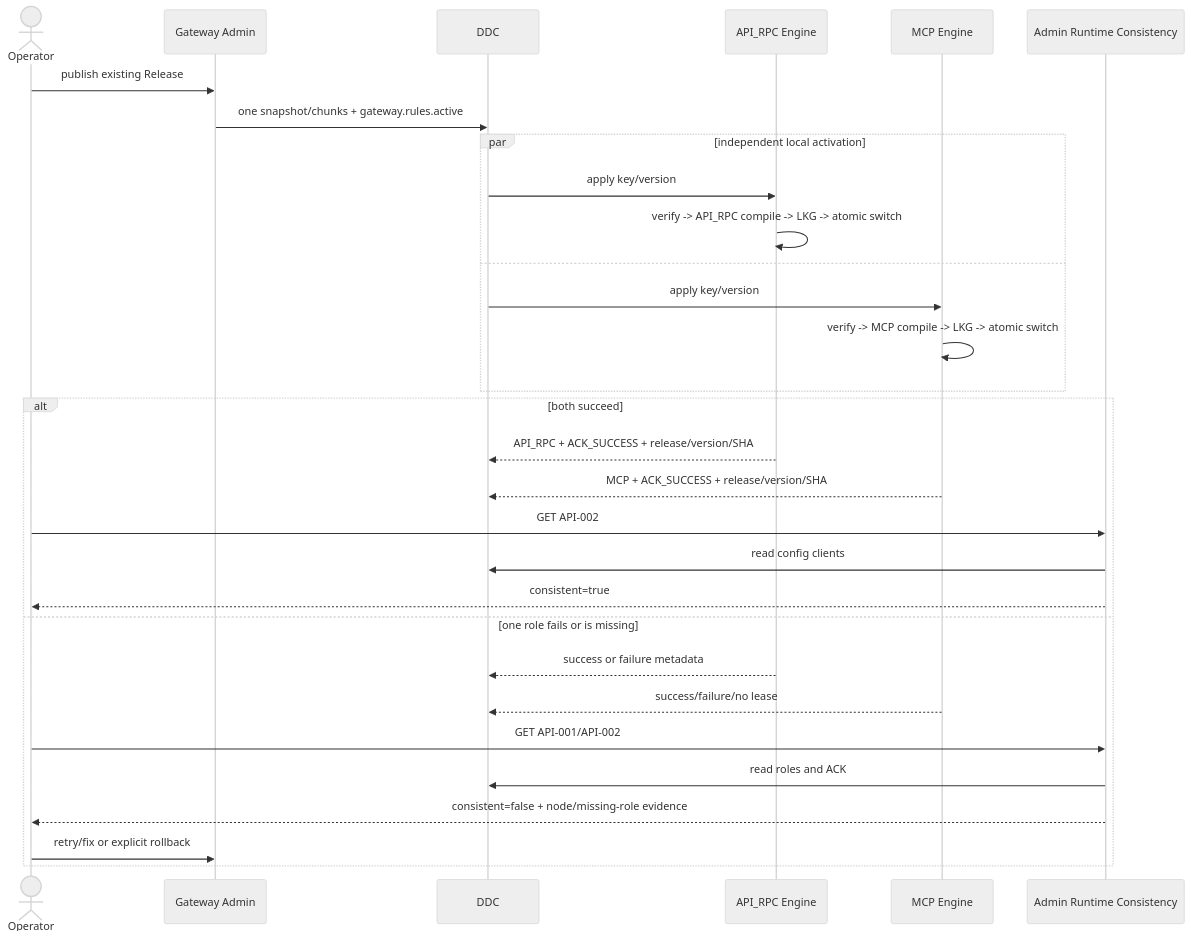
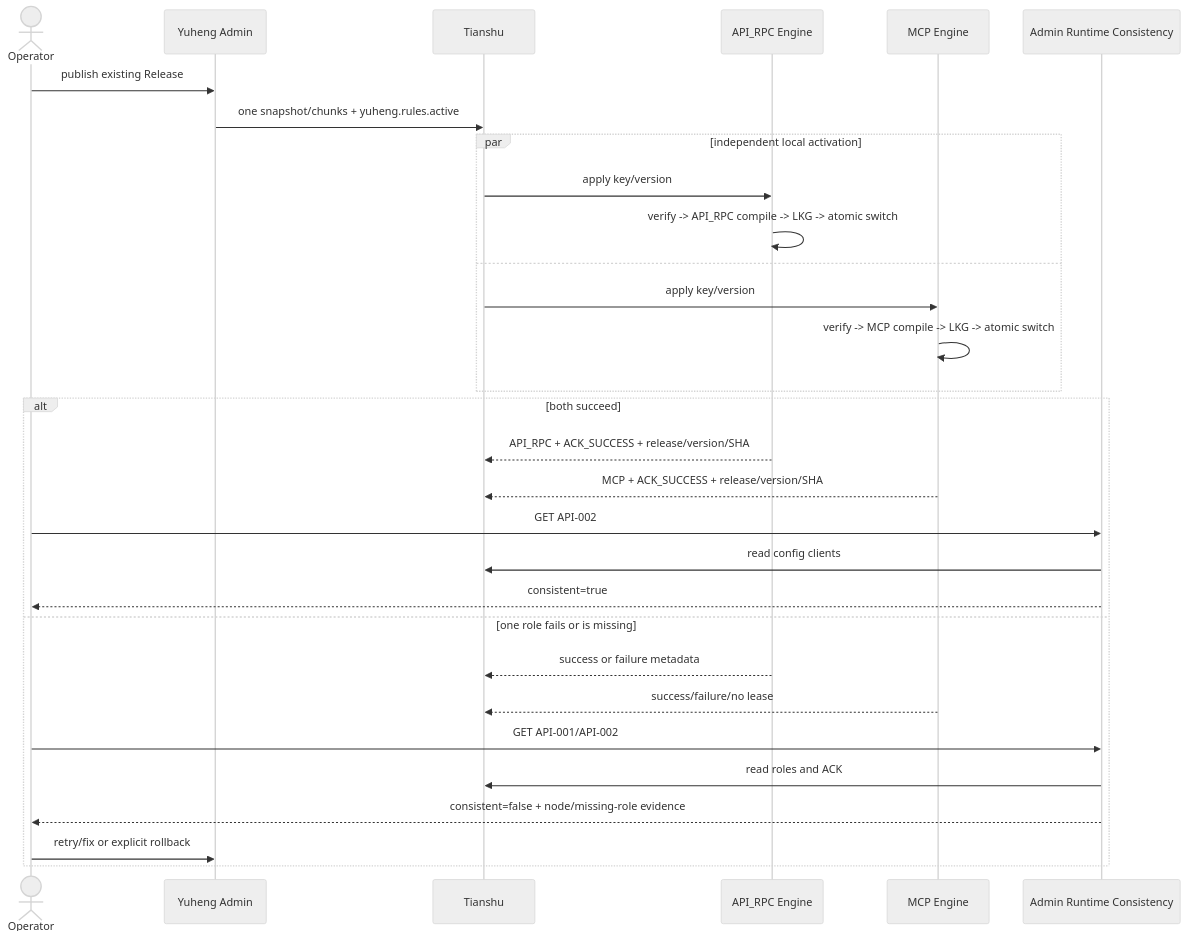
Before and after one commit to AllenDEricDAlexander/Egon-COLA: the fourth of 4 diagrams in docs/egon/spec/2026-09-02-19-52-gateway-dual-engine-separation.md, drawn with Mermaid (neutral theme). The commit also changed other lines of this file and 233 other files, not shown here.

````diff
--- a/docs/egon/spec/2026-09-02-19-52-gateway-dual-engine-separation.md
+++ b/docs/egon/spec/2026-09-02-19-52-gateway-dual-engine-separation.md
@@ -495,32 +495,32 @@
 ```mermaid
 sequenceDiagram
     actor Operator
-    participant Admin as Gateway Admin
-    participant DDC
+    participant Admin as Yuheng Admin
+    participant Tianshu
     participant Api as API_RPC Engine
     participant Mcp as MCP Engine
     participant View as Admin Runtime Consistency
     Operator->>Admin: publish existing Release
-    Admin->>DDC: one snapshot/chunks + gateway.rules.active
+    Admin->>Tianshu: one snapshot/chunks + yuheng.rules.active
     par independent local activation
-        DDC->>Api: apply key/version
+        Tianshu->>Api: apply key/version
         Api->>Api: verify -> API_RPC compile -> LKG -> atomic switch
     and
-        DDC->>Mcp: apply key/version
+        Tianshu->>Mcp: apply key/version
         Mcp->>Mcp: verify -> MCP compile -> LKG -> atomic switch
     end
     alt both succeed
-        Api-->>DDC: API_RPC + ACK_SUCCESS + release/version/SHA
-        Mcp-->>DDC: MCP + ACK_SUCCESS + release/version/SHA
+        Api-->>Tianshu: API_RPC + ACK_SUCCESS + release/version/SHA
+        Mcp-->>Tianshu: MCP + ACK_SUCCESS + release/version/SHA
         Operator->>View: GET API-002
-        View->>DDC: read config clients
+        View->>Tianshu: read config clients
         View-->>Operator: consistent=true
     else one role fails or is missing
-        Api-->>DDC: success or failure metadata
-        Mcp-->>DDC: success/failure/no lease
+        Api-->>Tianshu: success or failure metadata
+        Mcp-->>Tianshu: success/failure/no lease
         Operator->>View: GET API-001/API-002
-        View->>DDC: read roles and ACK
+        View->>Tianshu: read roles and ACK
         View-->>Operator: consistent=false + node/missing-role evidence
         Operator->>Admin: retry/fix or explicit rollback
     end
 ```
````
